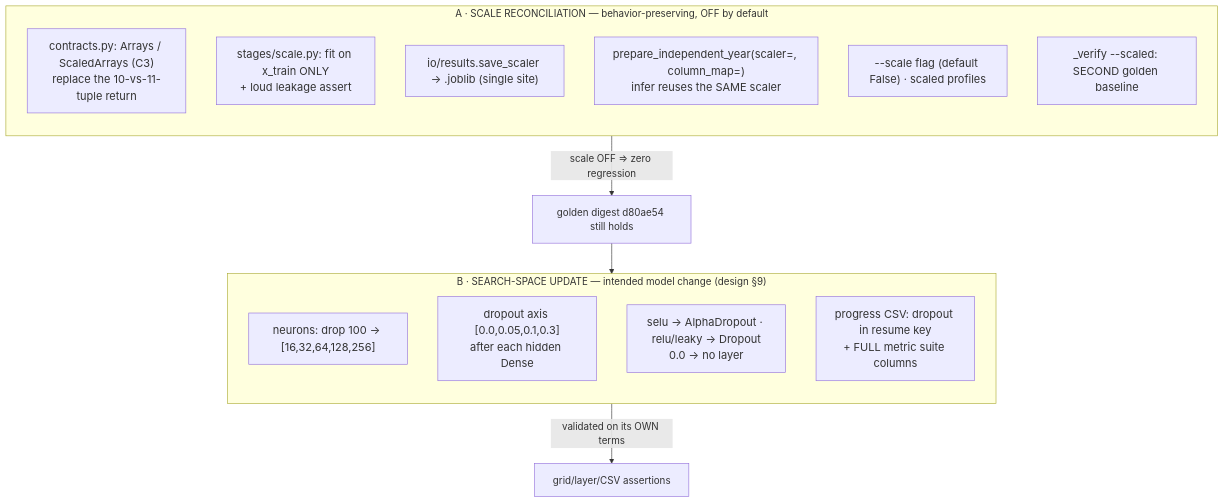
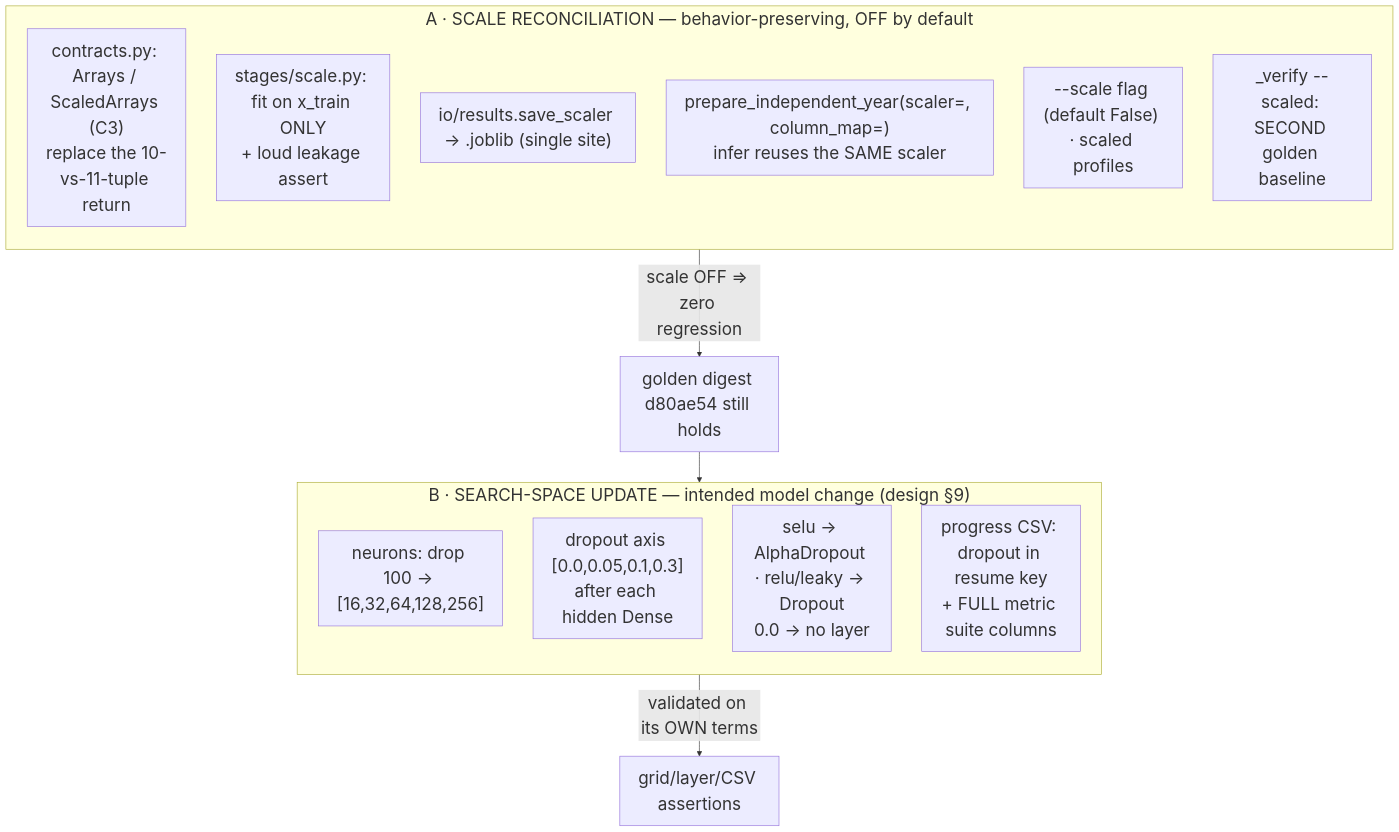
Before and after one commit to conrad-blucher-institute/UQ4ML_WaterTemp: the first of 3 diagrams in docs/ESB_STAGE_C_REPORT.md, drawn with Mermaid. The commit also changed other lines of this file and 7 other files, not shown here.

````diff
--- a/docs/ESB_STAGE_C_REPORT.md
+++ b/docs/ESB_STAGE_C_REPORT.md
@@ -15,26 +15,24 @@
 ```mermaid
+%%{init: {'themeVariables': {'fontSize': '28px'}}}%%
 flowchart TB
   subgraph A["A · SCALE RECONCILIATION — behavior-preserving, OFF by default"]
     direction TB
     a1["contracts.py: Arrays / ScaledArrays (C3)<br/>replace the 10-vs-11-tuple return"]
     a2["stages/scale.py: fit on x_train ONLY<br/>+ loud leakage assert"]
     a3["io/results.save_scaler → .joblib (single site)"]
     a4["prepare_independent_year(scaler=, column_map=)<br/>infer reuses the SAME scaler"]
     a5["--scale flag (default False) · scaled profiles"]
     a6["_verify --scaled: SECOND golden baseline"]
   end
   A -->|"scale OFF ⇒ zero regression"| GATE["golden digest d80ae54 still holds"]
   GATE --> B
   subgraph B["B · SEARCH-SPACE UPDATE — intended model change (design §9)"]
     direction TB
     b1["neurons: drop 100 → [16,32,64,128,256]"]
     b2["dropout axis [0.0,0.05,0.1,0.3]<br/>after each hidden Dense"]
     b3["selu → AlphaDropout · relu/leaky → Dropout<br/>0.0 → no layer"]
     b4["progress CSV: dropout in resume key<br/>+ FULL metric suite columns"]
   end
   B -->|"validated on its OWN terms"| GRID["grid/layer/CSV assertions"]
 
-  %% Inner-box font size — change 18px below to taste (e.g. 16px, 20px):
-  classDef box font-size:18px;
-  class a1,a2,a3,a4,a5,a6,b1,b2,b3,b4 box;
 ```
````
